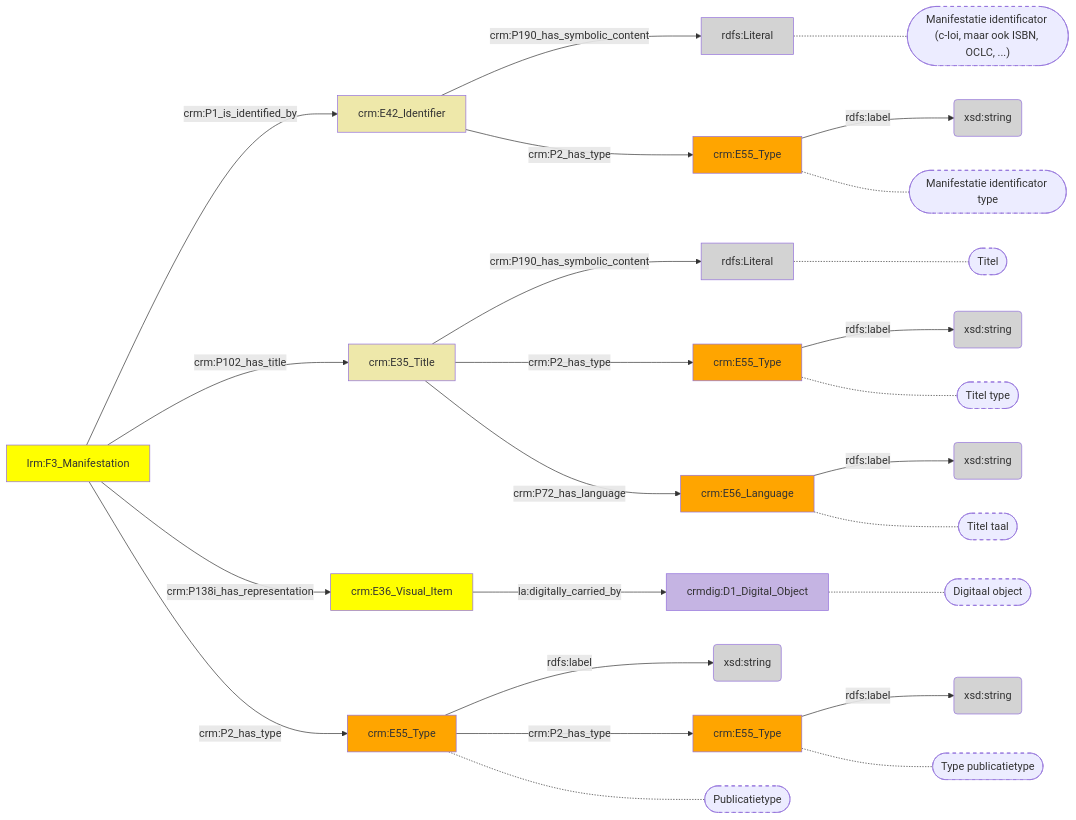
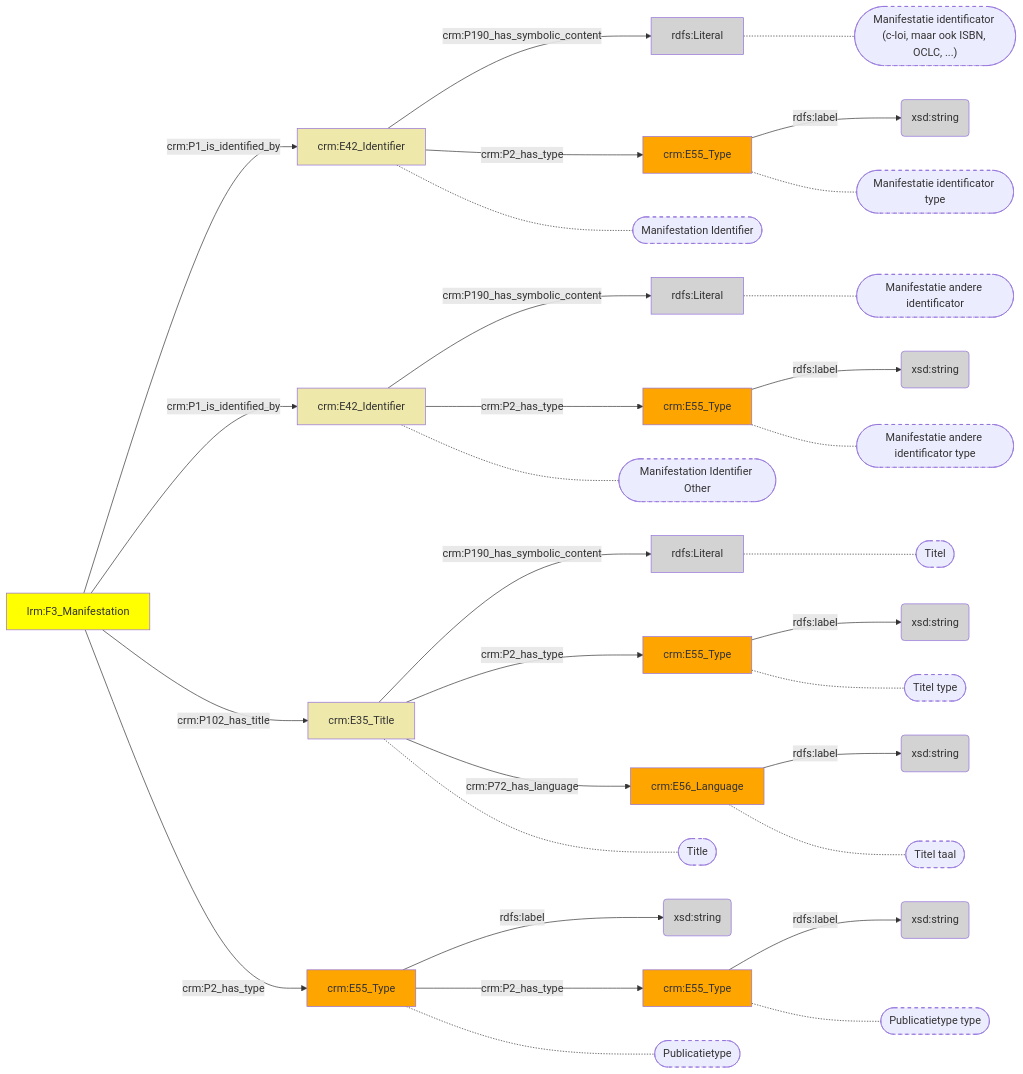
The diagram in docs/content/modellen/BibliographicalManifestation/Identificatie.md (digipolisantwerpdocumentation/antwerp-cultureel-erfgoed), drawn with Mermaid before and after one commit. The commit also changed 173 other files, not shown here.

````diff
--- a/docs/content/modellen/BibliographicalManifestation/Identificatie.md
+++ b/docs/content/modellen/BibliographicalManifestation/Identificatie.md
@@ -1,52 +1,64 @@
 ```mermaid
 graph LR
 17e0d502-8e93-11ee-8f9d-96a6d245525a["crm:E35_Title"]-->|"crm:P190_has_symbolic_content"|17e110da-8e93-11ee-8f9d-96a6d245525a(rdfs:Literal)
 17e0d8b8-8e93-11ee-8f9d-96a6d245525a["crm:E55_Type"]-->|"rdfs:label"|17e1127e-8e93-11ee-8f9d-96a6d245525a(xsd:string)
 17e0da7a-8e93-11ee-8f9d-96a6d245525a["crm:E42_Identifier"]-->|"crm:P190_has_symbolic_content"|17e112ba-8e93-11ee-8f9d-96a6d245525a(rdfs:Literal)
 17e11008-8e93-11ee-8f9d-96a6d245525a["crm:E56_Language"]-->|"rdfs:label"|17e11120-8e93-11ee-8f9d-96a6d245525a(xsd:string)
 17e11094-8e93-11ee-8f9d-96a6d245525a["crm:E55_Type"]-->|"rdfs:label"|17e1104e-8e93-11ee-8f9d-96a6d245525a(xsd:string)
 17e111f2-8e93-11ee-8f9d-96a6d245525a["crm:E55_Type"]-->|"rdfs:label"|17e11238-8e93-11ee-8f9d-96a6d245525a(xsd:string)
 17e11300-8e93-11ee-8f9d-96a6d245525a["crm:E55_Type"]-->|"rdfs:label"|17e11346-8e93-11ee-8f9d-96a6d245525a(xsd:string)
+c538dbd4-cf15-11ee-aabf-960002548b4f["crm:E42_Identifier"]-->|"crm:P190_has_symbolic_content"|c538dea4-cf15-11ee-971a-960002548b4f(rdfs:Literal)
+c538df27-cf15-11ee-be5d-960002548b4f["crm:E55_Type"]-->|"rdfs:label"|c538ddf8-cf15-11ee-b62b-960002548b4f(xsd:string)
 17e0d502-8e93-11ee-8f9d-96a6d245525a["crm:E35_Title"]-->|"crm:P2_has_type"|17e11094-8e93-11ee-8f9d-96a6d245525a["crm:E55_Type"]
 17e0d502-8e93-11ee-8f9d-96a6d245525a["crm:E35_Title"]-->|"crm:P72_has_language"|17e11008-8e93-11ee-8f9d-96a6d245525a["crm:E56_Language"]
 17e0d8b8-8e93-11ee-8f9d-96a6d245525a["crm:E55_Type"]-->|"crm:P2_has_type"|17e111f2-8e93-11ee-8f9d-96a6d245525a["crm:E55_Type"]
 17e0da7a-8e93-11ee-8f9d-96a6d245525a["crm:E42_Identifier"]-->|"crm:P2_has_type"|17e11300-8e93-11ee-8f9d-96a6d245525a["crm:E55_Type"]
-17e0de08-8e93-11ee-8f9d-96a6d245525a["crm:E36_Visual_Item"]-->|"la:digitally_carried_by"|17e0f078-8e93-11ee-8f9d-96a6d245525a["crmdig:D1_Digital_Object"]
 17e0efec-8e93-11ee-8f9d-96a6d245525a["lrm:F3_Manifestation"]-->|"crm:P1_is_identified_by"|17e0da7a-8e93-11ee-8f9d-96a6d245525a["crm:E42_Identifier"]
+17e0efec-8e93-11ee-8f9d-96a6d245525a["lrm:F3_Manifestation"]-->|"crm:P1_is_identified_by"|c538dbd4-cf15-11ee-aabf-960002548b4f["crm:E42_Identifier"]
 17e0efec-8e93-11ee-8f9d-96a6d245525a["lrm:F3_Manifestation"]-->|"crm:P102_has_title"|17e0d502-8e93-11ee-8f9d-96a6d245525a["crm:E35_Title"]
-17e0efec-8e93-11ee-8f9d-96a6d245525a["lrm:F3_Manifestation"]-->|"crm:P138i_has_representation"|17e0de08-8e93-11ee-8f9d-96a6d245525a["crm:E36_Visual_Item"]
 17e0efec-8e93-11ee-8f9d-96a6d245525a["lrm:F3_Manifestation"]-->|"crm:P2_has_type"|17e0d8b8-8e93-11ee-8f9d-96a6d245525a["crm:E55_Type"]
+c538dbd4-cf15-11ee-aabf-960002548b4f["crm:E42_Identifier"]-->|"crm:P2_has_type"|c538df27-cf15-11ee-be5d-960002548b4f["crm:E55_Type"]
 17e110da-8e93-11ee-8f9d-96a6d245525a["rdfs:Literal"]-.-17e110da-8e93-11ee-8f9d-96a6d245525a_s(["Titel"])
 17e11094-8e93-11ee-8f9d-96a6d245525a["crm:E55_Type"]-.-17e11094-8e93-11ee-8f9d-96a6d245525a_s(["Titel type"])
 17e11008-8e93-11ee-8f9d-96a6d245525a["crm:E56_Language"]-.-17e11008-8e93-11ee-8f9d-96a6d245525a_s(["Titel taal"])
-17e111f2-8e93-11ee-8f9d-96a6d245525a["crm:E55_Type"]-.-17e111f2-8e93-11ee-8f9d-96a6d245525a_s(["Type "publicatietype""])
+17e111f2-8e93-11ee-8f9d-96a6d245525a["crm:E55_Type"]-.-17e111f2-8e93-11ee-8f9d-96a6d245525a_s(["Publicatietype type"])
 17e112ba-8e93-11ee-8f9d-96a6d245525a["rdfs:Literal"]-.-17e112ba-8e93-11ee-8f9d-96a6d245525a_s(["Manifestatie identificator (c-loi, maar ook ISBN, OCLC, ...)"])
 17e11300-8e93-11ee-8f9d-96a6d245525a["crm:E55_Type"]-.-17e11300-8e93-11ee-8f9d-96a6d245525a_s(["Manifestatie identificator type"])
-17e0f078-8e93-11ee-8f9d-96a6d245525a["crmdig:D1_Digital_Object"]-.-17e0f078-8e93-11ee-8f9d-96a6d245525a_s(["Digitaal object"])
+17e0da7a-8e93-11ee-8f9d-96a6d245525a["crm:E42_Identifier"]-.-17e0da7a-8e93-11ee-8f9d-96a6d245525a_s(["Manifestation Identifier"])
+c538dbd4-cf15-11ee-aabf-960002548b4f["crm:E42_Identifier"]-.-c538dbd4-cf15-11ee-aabf-960002548b4f_s(["Manifestation Identifier Other"])
+17e0d502-8e93-11ee-8f9d-96a6d245525a["crm:E35_Title"]-.-17e0d502-8e93-11ee-8f9d-96a6d245525a_s(["Title"])
 17e0d8b8-8e93-11ee-8f9d-96a6d245525a["crm:E55_Type"]-.-17e0d8b8-8e93-11ee-8f9d-96a6d245525a_s(["Publicatietype"])
+c538dea4-cf15-11ee-971a-960002548b4f["rdfs:Literal"]-.-c538dea4-cf15-11ee-971a-960002548b4f_s(["Manifestatie andere identificator"])
+c538df27-cf15-11ee-be5d-960002548b4f["crm:E55_Type"]-.-c538df27-cf15-11ee-be5d-960002548b4f_s(["Manifestatie andere identificator type"])
 style 17e110da-8e93-11ee-8f9d-96a6d245525a_s stroke-dasharray: 5
 style 17e11094-8e93-11ee-8f9d-96a6d245525a_s stroke-dasharray: 5
 style 17e11008-8e93-11ee-8f9d-96a6d245525a_s stroke-dasharray: 5
 style 17e111f2-8e93-11ee-8f9d-96a6d245525a_s stroke-dasharray: 5
 style 17e112ba-8e93-11ee-8f9d-96a6d245525a_s stroke-dasharray: 5
 style 17e11300-8e93-11ee-8f9d-96a6d245525a_s stroke-dasharray: 5
-style 17e0f078-8e93-11ee-8f9d-96a6d245525a_s stroke-dasharray: 5
+style 17e0da7a-8e93-11ee-8f9d-96a6d245525a_s stroke-dasharray: 5
+style c538dbd4-cf15-11ee-aabf-960002548b4f_s stroke-dasharray: 5
+style 17e0d502-8e93-11ee-8f9d-96a6d245525a_s stroke-dasharray: 5
 style 17e0d8b8-8e93-11ee-8f9d-96a6d245525a_s stroke-dasharray: 5
+style c538dea4-cf15-11ee-971a-960002548b4f_s stroke-dasharray: 5
+style c538df27-cf15-11ee-be5d-960002548b4f_s stroke-dasharray: 5
 style 17e0d502-8e93-11ee-8f9d-96a6d245525a fill:#EEE8AA
 style 17e0d8b8-8e93-11ee-8f9d-96a6d245525a fill:#ffa500
 style 17e0da7a-8e93-11ee-8f9d-96a6d245525a fill:#EEE8AA
-style 17e0de08-8e93-11ee-8f9d-96a6d245525a fill:#ffff00
 style 17e0efec-8e93-11ee-8f9d-96a6d245525a fill:#ffff00
-style 17e0f078-8e93-11ee-8f9d-96a6d245525a fill:#C5B4E3
 style 17e11008-8e93-11ee-8f9d-96a6d245525a fill:#ffa500
 style 17e1104e-8e93-11ee-8f9d-96a6d245525a fill:#D3D3D3
 style 17e11094-8e93-11ee-8f9d-96a6d245525a fill:#ffa500
 style 17e110da-8e93-11ee-8f9d-96a6d245525a fill:#D3D3D3
 style 17e11120-8e93-11ee-8f9d-96a6d245525a fill:#D3D3D3
 style 17e111f2-8e93-11ee-8f9d-96a6d245525a fill:#ffa500
 style 17e11238-8e93-11ee-8f9d-96a6d245525a fill:#D3D3D3
 style 17e1127e-8e93-11ee-8f9d-96a6d245525a fill:#D3D3D3
 style 17e112ba-8e93-11ee-8f9d-96a6d245525a fill:#D3D3D3
 style 17e11300-8e93-11ee-8f9d-96a6d245525a fill:#ffa500
 style 17e11346-8e93-11ee-8f9d-96a6d245525a fill:#D3D3D3
+style c538dbd4-cf15-11ee-aabf-960002548b4f fill:#EEE8AA
+style c538ddf8-cf15-11ee-b62b-960002548b4f fill:#D3D3D3
+style c538dea4-cf15-11ee-971a-960002548b4f fill:#D3D3D3
+style c538df27-cf15-11ee-be5d-960002548b4f fill:#ffa500
 ```
````
